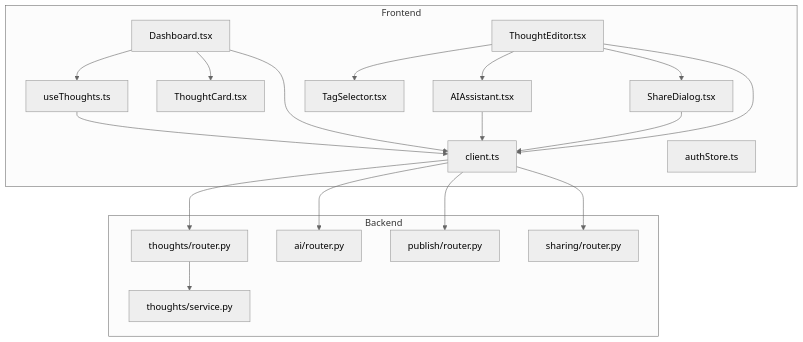
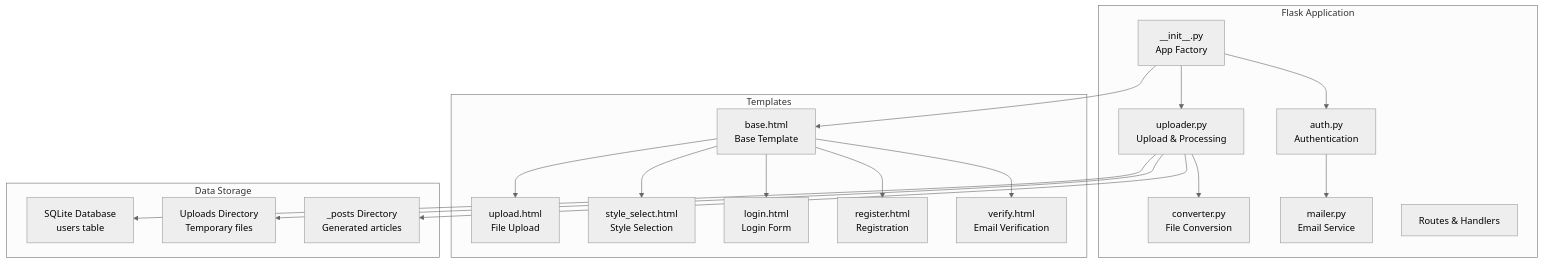
The first of 2 diagrams in .qoder/repowiki/en/content/Frontend Application/Thought Management.md (PolarisW007/PolaZhenJing), drawn with Mermaid (neutral theme) before and after one commit. The commit also changed other lines of this file and 153 other files, not shown here.

````diff
--- a/.qoder/repowiki/en/content/Frontend Application/Thought Management.md
+++ b/.qoder/repowiki/en/content/Frontend Application/Thought Management.md
@@ -40,36 +55,37 @@
 ```mermaid
 graph TB
-subgraph "Frontend"
-D["Dashboard.tsx"]
-E["ThoughtEditor.tsx"]
-C["ThoughtCard.tsx"]
-T["TagSelector.tsx"]
-H["useThoughts.ts"]
-A["AIAssistant.tsx"]
-S["ShareDialog.tsx"]
-X["client.ts"]
-U["authStore.ts"]
+subgraph "Flask Application"
+APP["__init__.py<br/>App Factory"]
+AUTH["auth.py<br/>Authentication"]
+UP["uploader.py<br/>Upload & Processing"]
+CONV["converter.py<br/>File Conversion"]
+MAIL["mailer.py<br/>Email Service"]
+ENDPOINTS["Routes & Handlers"]
 end
-subgraph "Backend"
-RT["thoughts/router.py"]
-RS["thoughts/service.py"]
-AIR["ai/router.py"]
-PR["publish/router.py"]
-SR["sharing/router.py"]
+subgraph "Templates"
+BASE["base.html<br/>Base Template"]
+UPLOAD["upload.html<br/>File Upload"]
+STYLE["style_select.html<br/>Style Selection"]
+LOGIN["login.html<br/>Login Form"]
+REG["register.html<br/>Registration"]
+VERIFY["verify.html<br/>Email Verification"]
 end
-D --> H
-D --> C
-E --> T
-E --> A
-E --> S
-H --> X
-A --> X
-S --> X
-D --> X
-E --> X
-X --> RT
-X --> AIR
-X --> PR
-X --> SR
-RT --> RS
+subgraph "Data Storage"
+DB["SQLite Database<br/>users table"]
+UPLOADS["Uploads Directory<br/>Temporary files"]
+POSTS["_posts Directory<br/>Generated articles"]
+end
+APP --> AUTH
+APP --> UP
+UP --> CONV
+AUTH --> MAIL
+UP --> DB
+UP --> UPLOADS
+UP --> POSTS
+APP --> BASE
+BASE --> UPLOAD
+BASE --> STYLE
+BASE --> LOGIN
+BASE --> REG
+BASE --> VERIFY
 ```
````
